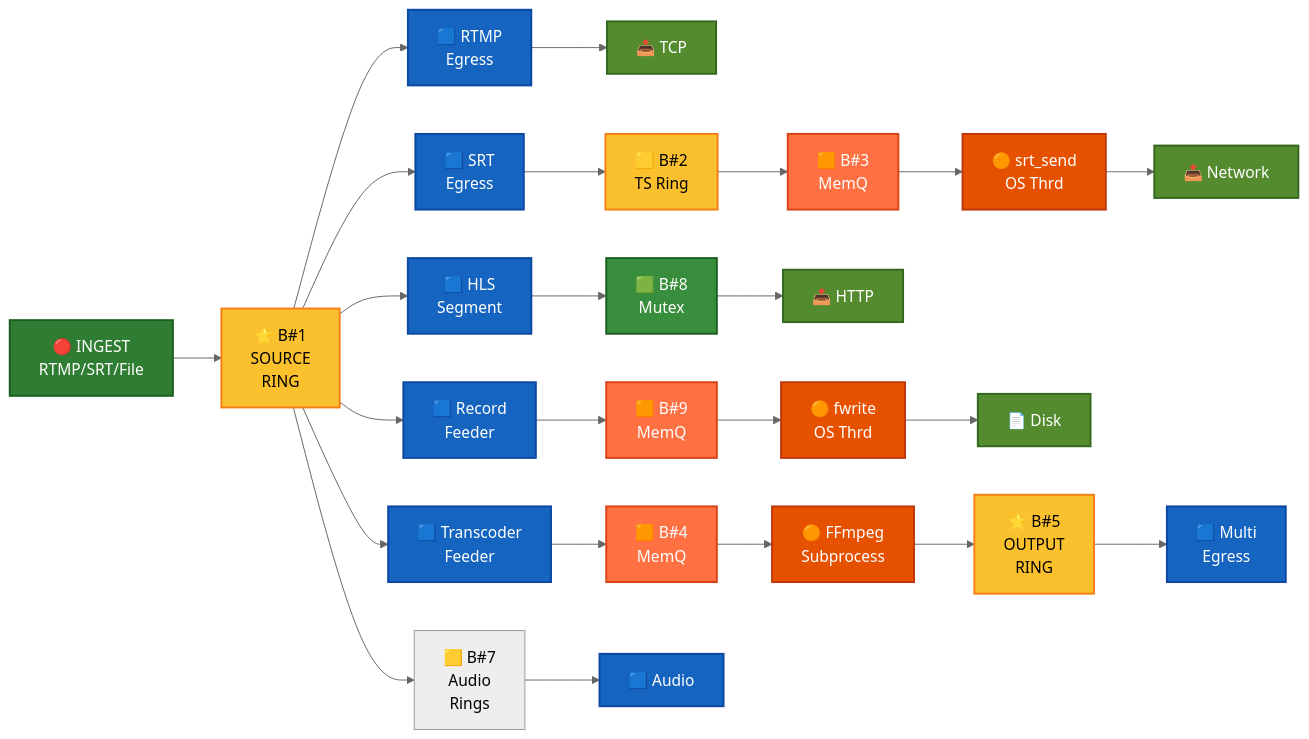
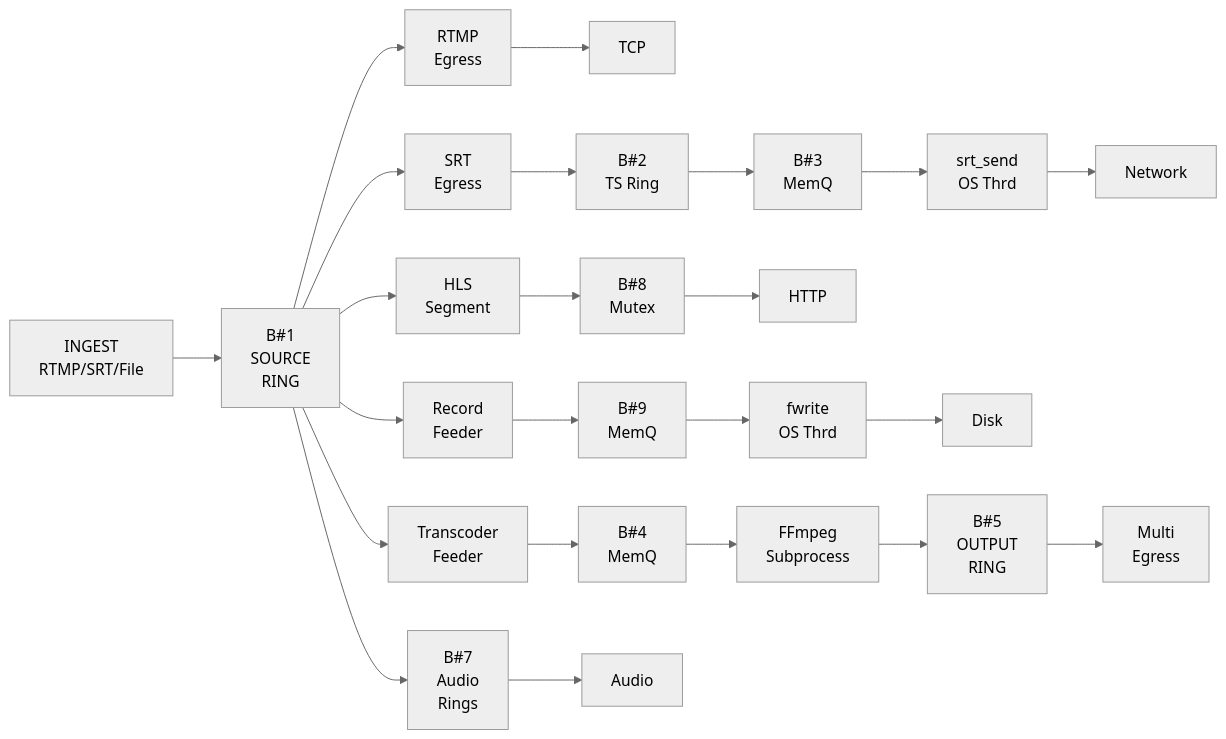
Before and after one commit to krsna1729/restream: the third of 24 diagrams in docs/run-to-completion-analysis.md, drawn with Mermaid (neutral theme). The commit also changed other lines of this file and 6 other files, not shown here.

First line of the commit message:
docs: retire duplicate SVG and styled diagram variants

````diff
--- a/docs/run-to-completion-analysis.md
+++ b/docs/run-to-completion-analysis.md
@@ -135,47 +113,31 @@
 ```mermaid
-graph LR
-    Ingest["🔴 INGEST<br/>RTMP/SRT/File"]
-    Ingest --> B1["⭐ B#1<br/>SOURCE<br/>RING"]
-    B1 --> RTMP["🟦 RTMP<br/>Egress"]
-    B1 --> SRT["🟦 SRT<br/>Egress"]
-    B1 --> HLS["🟦 HLS<br/>Segment"]
-    B1 --> Rec["🟦 Record<br/>Feeder"]
-    B1 --> Xcode["🟦 Transcoder<br/>Feeder"]
-    
-    RTMP --> TCP["📤 TCP"]
-    SRT --> B2["🟨 B#2<br/>TS Ring"]
-    B2 --> B3["🟧 B#3<br/>MemQ"]
-    B3 --> OS_SRT["🟠 srt_send<br/>OS Thrd"]
-    OS_SRT --> NET["📤 Network"]
-    
-    HLS --> B8["🟩 B#8<br/>Mutex"]
-    B8 --> HTTP["📤 HTTP"]
-    
-    Rec --> B9["🟧 B#9<br/>MemQ"]
-    B9 --> OS_Rec["🟠 fwrite<br/>OS Thrd"]
-    OS_Rec --> DISK["📄 Disk"]
-    
-    Xcode --> B4["🟧 B#4<br/>MemQ"]
-    B4 --> FFmpeg["🟠 FFmpeg<br/>Subprocess"]
-    FFmpeg --> B5["⭐ B#5<br/>OUTPUT<br/>RING"]
-    B5 --> Multi["🟦 Multi<br/>Egress"]
-    
-    B1 --> Audio["🟨 B#7<br/>Audio<br/>Rings"]
-    Audio --> AudioOut["🟦 Audio"]
-    
-    classDef ingest fill:#2e7d32,stroke:#1b5e20,stroke-width:2px,color:#fff
-    classDef ring fill:#fbc02d,stroke:#f57f17,stroke-width:2px,color:#000
-    classDef queue fill:#ff7043,stroke:#d84315,stroke-width:2px,color:#fff
-    classDef mutex fill:#388e3c,stroke:#1b5e20,stroke-width:2px,color:#fff
-    classDef task fill:#1565c0,stroke:#0d47a1,stroke-width:2px,color:#fff
-    classDef thread fill:#e65100,stroke:#bf360c,stroke-width:2px,color:#fff
-    classDef output fill:#558b2f,stroke:#33691e,stroke-width:2px,color:#fff
-    
-    class Ingest ingest
-    class B1,B2,B5 ring
-    class B3,B4,B9 queue
-    class B8 mutex
-    class RTMP,SRT,HLS,Rec,Xcode,Multi,AudioOut task
-    class OS_SRT,OS_Rec,FFmpeg thread
-    class TCP,NET,HTTP,DISK output
+flowchart LR
+    Ingest["INGEST<br/>RTMP/SRT/File"]
+    Ingest --> B1["B#1<br/>SOURCE<br/>RING"]
+    B1 --> RTMP["RTMP<br/>Egress"]
+    B1 --> SRT["SRT<br/>Egress"]
+    B1 --> HLS["HLS<br/>Segment"]
+    B1 --> Rec["Record<br/>Feeder"]
+    B1 --> Xcode["Transcoder<br/>Feeder"]
+
+    RTMP --> TCP["TCP"]
+    SRT --> B2["B#2<br/>TS Ring"]
+    B2 --> B3["B#3<br/>MemQ"]
+    B3 --> OS_SRT["srt_send<br/>OS Thrd"]
+    OS_SRT --> NET["Network"]
+
+    HLS --> B8["B#8<br/>Mutex"]
+    B8 --> HTTP["HTTP"]
+
+    Rec --> B9["B#9<br/>MemQ"]
+    B9 --> OS_Rec["fwrite<br/>OS Thrd"]
+    OS_Rec --> DISK["Disk"]
+
+    Xcode --> B4["B#4<br/>MemQ"]
+    B4 --> FFmpeg["FFmpeg<br/>Subprocess"]
+    FFmpeg --> B5["B#5<br/>OUTPUT<br/>RING"]
+    B5 --> Multi["Multi<br/>Egress"]
+
+    B1 --> Audio["B#7<br/>Audio<br/>Rings"]
+    Audio --> AudioOut["Audio"]
 ```
````
